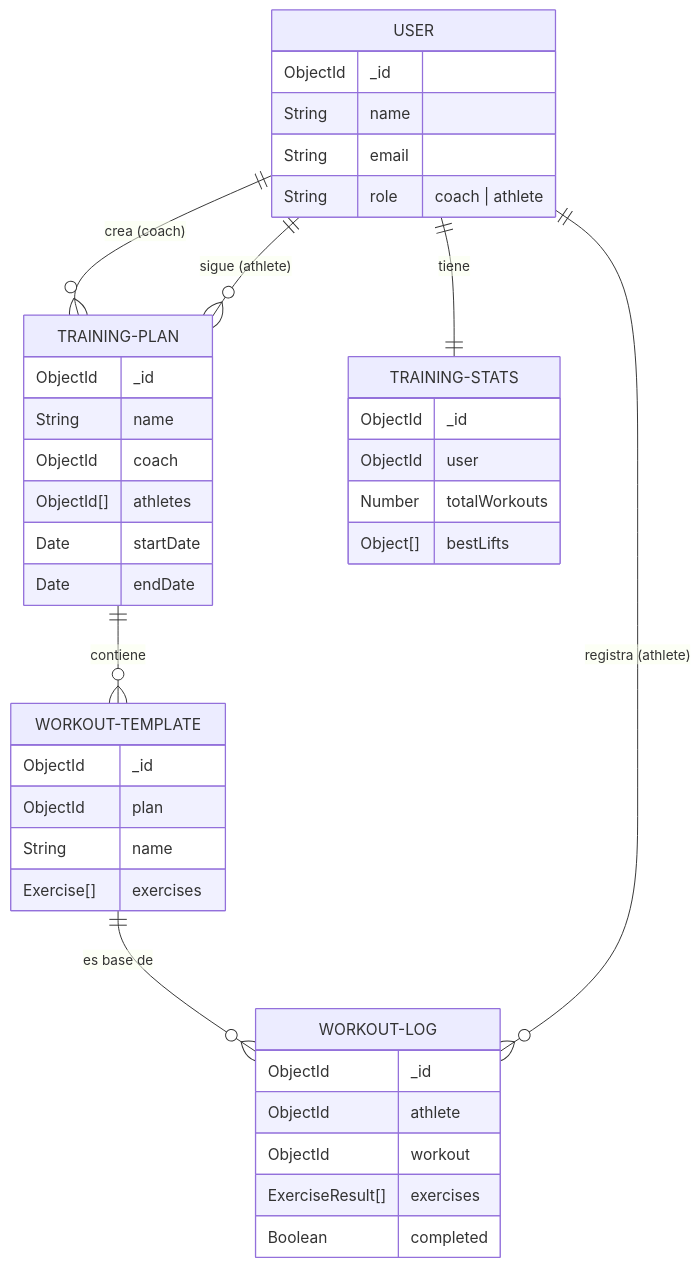
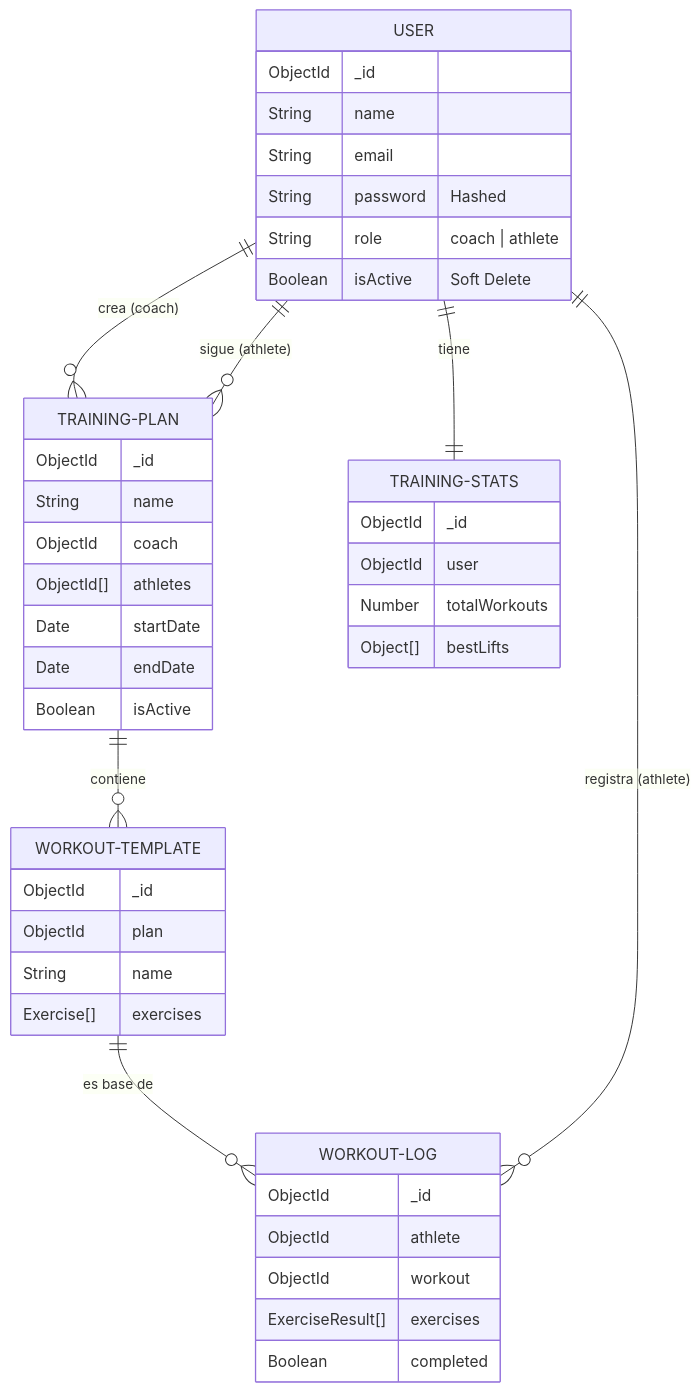
The diagram in diagramas/base_de_datos.md (diegolasherasGit/TFG-EntrenamientoApp-Backend), drawn with Mermaid before and after one commit. The commit also changed 1 other file, not shown here.

Commit message:
docs: update database and technology diagrams

````diff
--- a/diagramas/base_de_datos.md
+++ b/diagramas/base_de_datos.md
@@ -5,49 +5,52 @@
 ```mermaid
 erDiagram
     USER ||--o{ TRAINING-PLAN : "crea (coach)"
     USER ||--o{ TRAINING-PLAN : "sigue (athlete)"
     USER ||--|| TRAINING-STATS : "tiene"
     
     TRAINING-PLAN ||--o{ WORKOUT-TEMPLATE : "contiene"
     
     WORKOUT-TEMPLATE ||--o{ WORKOUT-LOG : "es base de"
     USER ||--o{ WORKOUT-LOG : "registra (athlete)"
     
     USER {
         ObjectId _id
         String name
         String email
+        String password "Hashed"
         String role "coach | athlete"
+        Boolean isActive "Soft Delete"
     }
 
     TRAINING-PLAN {
         ObjectId _id
         String name
         ObjectId coach
         ObjectId[] athletes
         Date startDate
         Date endDate
+        Boolean isActive
     }
 
     WORKOUT-TEMPLATE {
         ObjectId _id
         ObjectId plan
         String name
         Exercise[] exercises
     }
 
     WORKOUT-LOG {
         ObjectId _id
         ObjectId athlete
         ObjectId workout
         ExerciseResult[] exercises
         Boolean completed
     }
 
     TRAINING-STATS {
         ObjectId _id
         ObjectId user
         Number totalWorkouts
         Object[] bestLifts
     }
 ```
````
